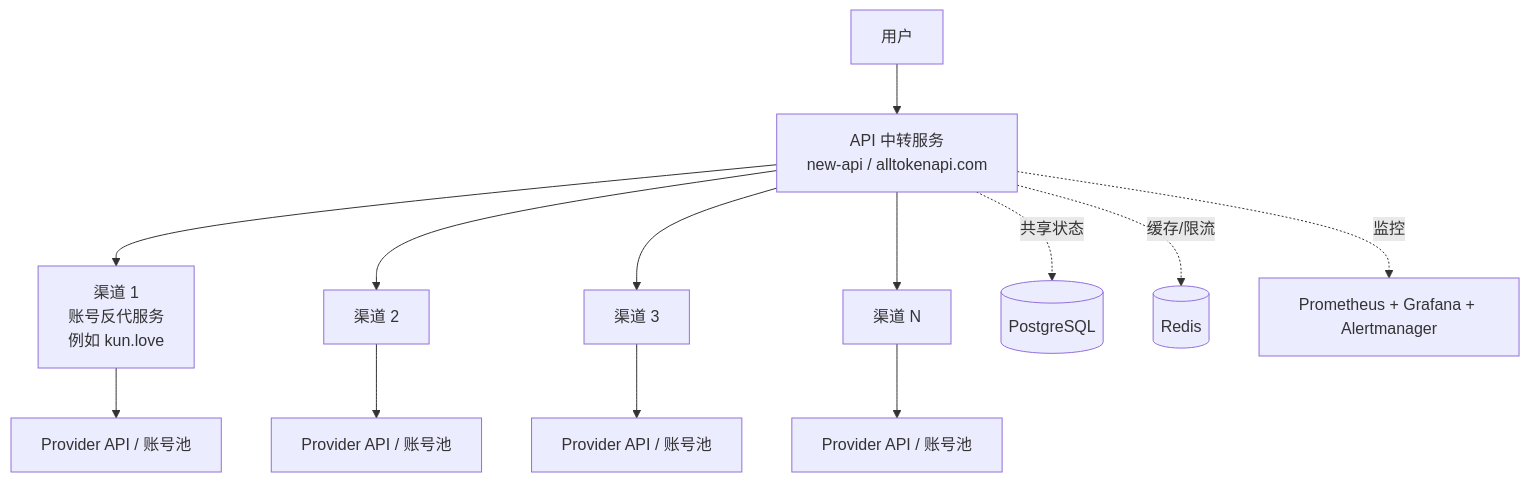
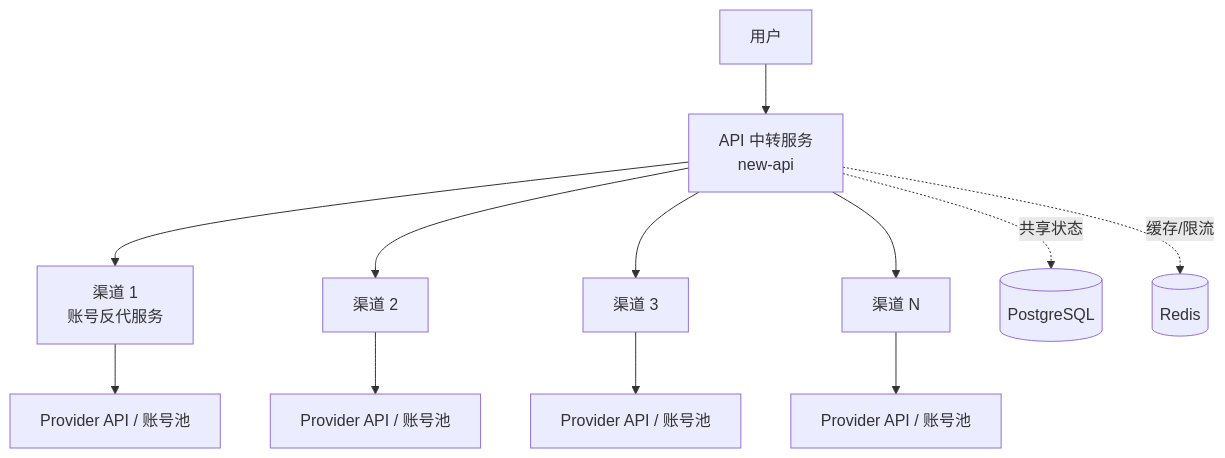
Before and after one commit to ikunycj/new-api: the diagram in deploy/loadtest/architecture-capacity-plan.md, drawn with Mermaid. The commit also changed other lines of this file and 49 other files, not shown here.

````diff
--- a/deploy/loadtest/architecture-capacity-plan.md
+++ b/deploy/loadtest/architecture-capacity-plan.md
@@ -25,15 +25,14 @@
 ```mermaid
 flowchart TD
-  U[用户] --> G[API 中转服务\nnew-api / alltokenapi.com]
-  G --> C1[渠道 1\n账号反代服务\n例如 kun.love]
+  U[用户] --> G[API 中转服务\nnew-api]
+  G --> C1[渠道 1\n账号反代服务]
   G --> C2[渠道 2]
   G --> C3[渠道 3]
   G --> CN[渠道 N]
   C1 --> P1[Provider API / 账号池]
   C2 --> P2[Provider API / 账号池]
   C3 --> P3[Provider API / 账号池]
   CN --> PN[Provider API / 账号池]
   G -.共享状态.-> DB[(PostgreSQL)]
   G -.缓存/限流.-> R[(Redis)]
-  G -.监控.-> M[Prometheus + Grafana + Alertmanager]
 ```
````
